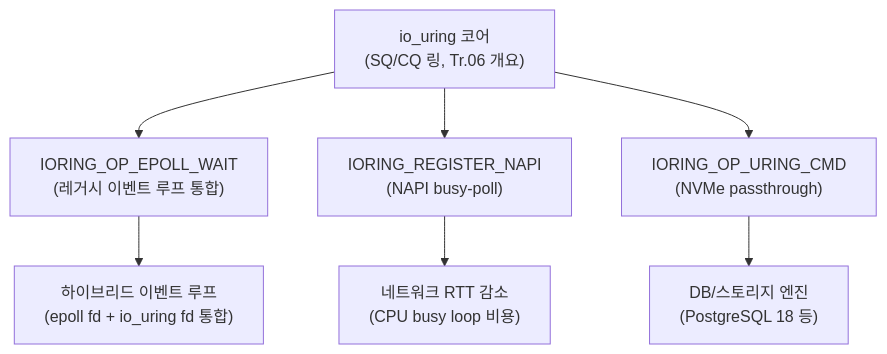
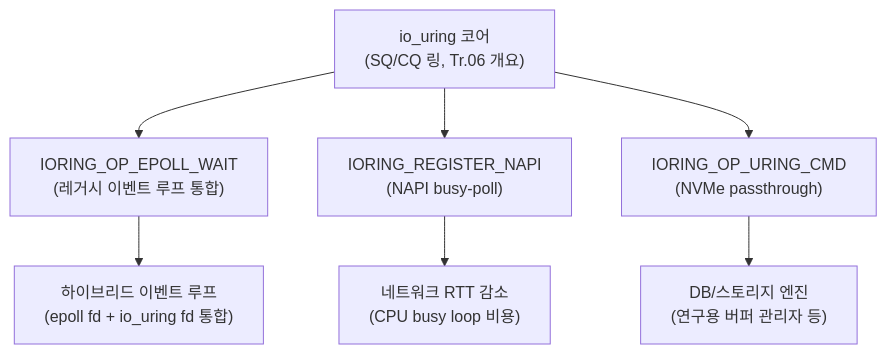
Before and after one commit to 42jerrykim/42jerrykim.github.io: the diagram in content/collection/optimization-09-io-network/04-io-uring-advanced/index.md, drawn with Mermaid. The commit also changed other lines of this file and 1 other file, not shown here.

First line of the commit message:
feat: optimization-09-io-network/04-io-uring-advanced post-quality-loop 채점 완료 (94.6점, 통과)

````diff
--- a/content/collection/optimization-09-io-network/04-io-uring-advanced/index.md
+++ b/content/collection/optimization-09-io-network/04-io-uring-advanced/index.md
@@ -72,10 +69,10 @@
 ```mermaid
 flowchart TB
   core["io_uring 코어</br>(SQ/CQ 링, Tr.06 개요)"]
   core --> epollWait["IORING_OP_EPOLL_WAIT</br>(레거시 이벤트 루프 통합)"]
   core --> napi["IORING_REGISTER_NAPI</br>(NAPI busy-poll)"]
   core --> uringCmd["IORING_OP_URING_CMD</br>(NVMe passthrough)"]
   epollWait --> hybridLoop["하이브리드 이벤트 루프</br>(epoll fd + io_uring fd 통합)"]
   napi --> lowRtt["네트워크 RTT 감소</br>(CPU busy loop 비용)"]
-  uringCmd --> dbEngine["DB/스토리지 엔진</br>(PostgreSQL 18 등)"]
+  uringCmd --> dbEngine["DB/스토리지 엔진</br>(연구용 버퍼 관리자 등)"]
 ```
````
